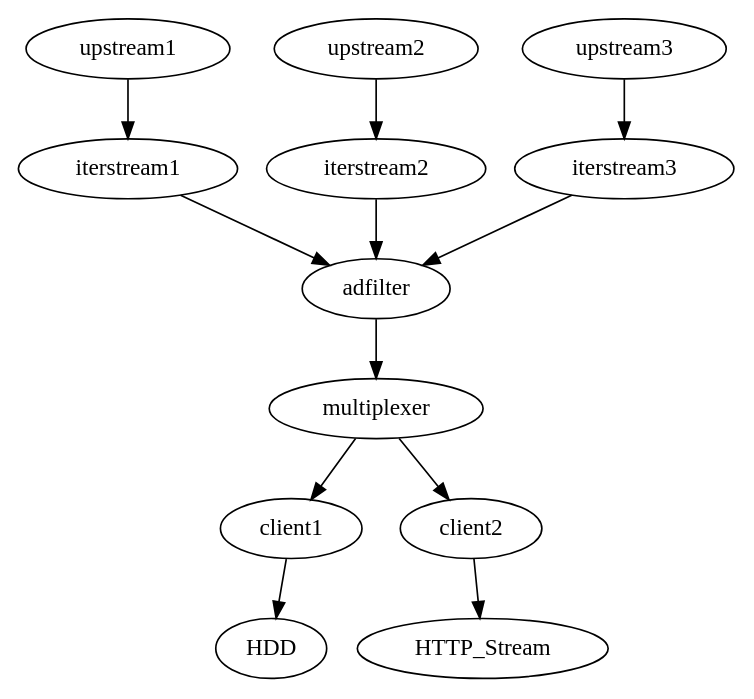
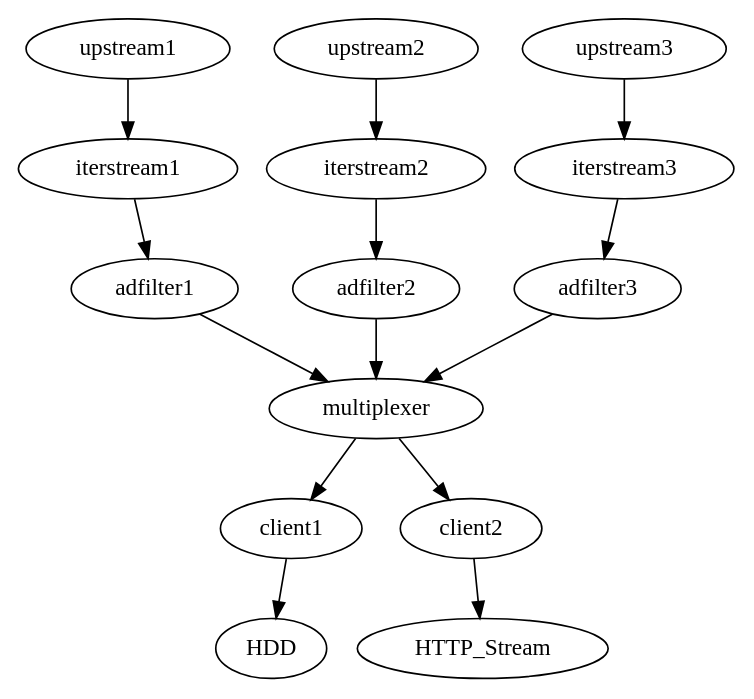
One commit to johntyree/rio changed the diagram in new_design.gv. Above: the diagram before and after it, drawn with Graphviz.

Commit message:
DOC: Update design graph

```diff
--- a/new_design.gv
+++ b/new_design.gv
@@ -1,22 +1,22 @@
 digraph G {
         graph [layout=dot rankdir=UD]
 
 // This is just an example for you to use as a template.
 // Edit as you like. Whenever you save a legal graph
 // the layout in the graphviz window will be updated.
 
         upstream1 -> iterstream1
         upstream2 -> iterstream2
         upstream3 -> iterstream3
 
-        {iterstream1 iterstream2 iterstream3} -> adfilter
+        iterstream1 -> adfilter1 -> multiplexer
+        iterstream2 -> adfilter2 -> multiplexer
+        iterstream3 -> adfilter3 -> multiplexer
 
-        adfilter -> multiplexer
 
         multiplexer -> {client1, client2}
 
         client1 -> HDD
         client2 -> HTTP_Stream
 
-
 }
```
